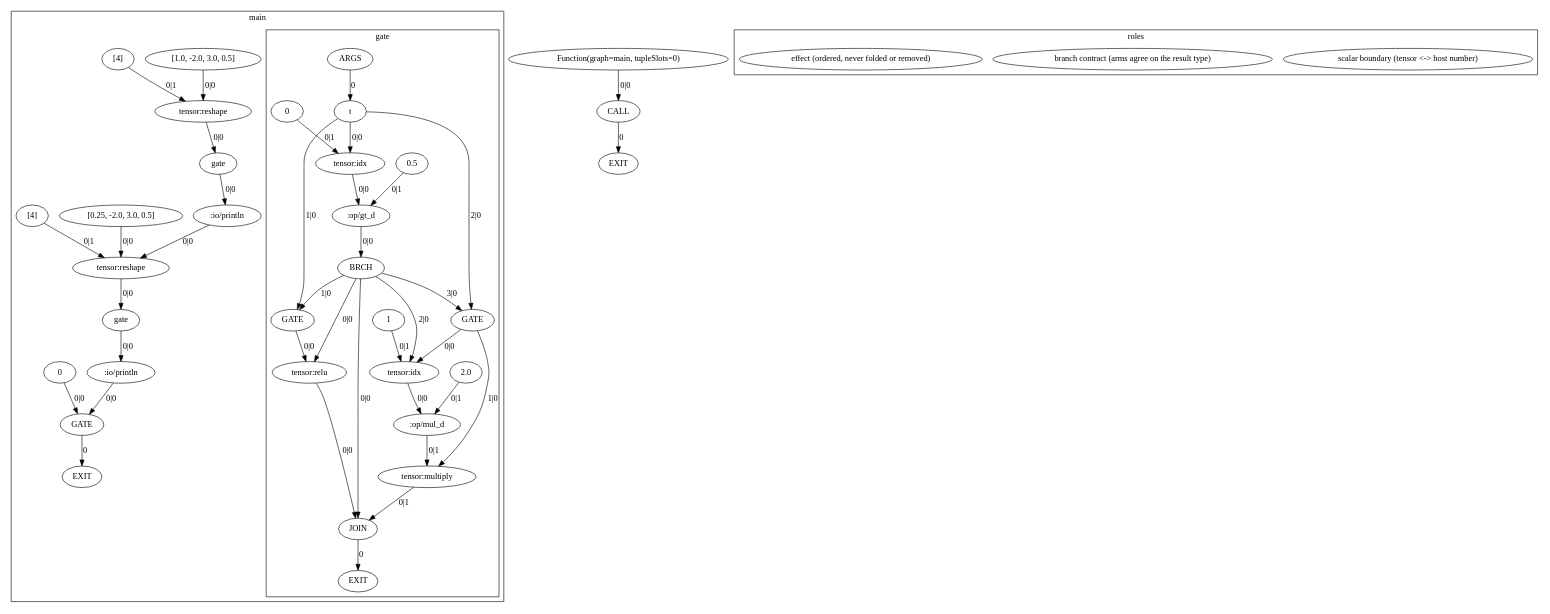
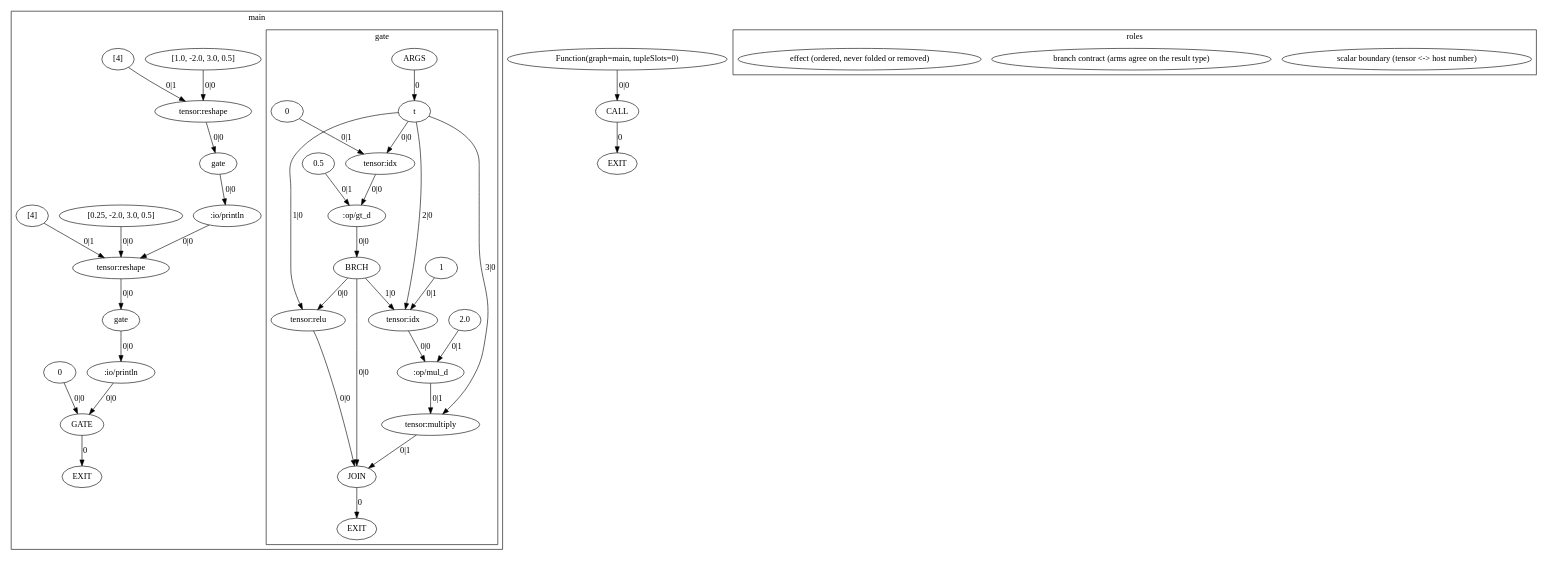
The diagram in exemplars/01_scalar_boundary/expected/dump.agir.dot (OpenCML/Camel), drawn with Graphviz before and after one commit. The commit also changed 45 other files, not shown here.

```diff
--- a/exemplars/01_scalar_boundary/expected/dump.agir.dot
+++ b/exemplars/01_scalar_boundary/expected/dump.agir.dot
@@ -1,84 +1,78 @@
 digraph GraphIR {
     subgraph cluster_F01 {
         label="main";
         subgraph cluster_F02 {
             label="gate";
             F02 [label="ARGS", type="ARGS"];
             O02 [label="EXIT", type="EXIT"];
             N00 [label="t", type="PORT", param_name="t", param_kind="normal", param_index="0", value_type="Tensor"];
             N01 [label="0", type="DATA", origin=198, span="11:16-11:17", srcfile="exemplars/01_scalar_boundary/program.cml", value_type="int"];
             N02 [label="tensor:idx", type="OPER", role="scalar-boundary", origin=199, span="11:15-11:16", srcfile="exemplars/01_scalar_boundary/program.cml", value_type="float"];
             N03 [label="0.5", type="DATA", origin=200, span="11:21-11:24", srcfile="exemplars/01_scalar_boundary/program.cml", value_type="float"];
             N04 [label=":op/gt_d", type="OPER", origin=201, span="11:19-11:20", srcfile="exemplars/01_scalar_boundary/program.cml", value_type="bool"];
             N05 [label="JOIN", type="JOIN", role="branch-contract", origin=203, span="11:11-11:59", srcfile="exemplars/01_scalar_boundary/program.cml", value_type="Tensor"];
             N06 [label="BRCH", type="BRCH", origin=202, span="11:11-11:59", srcfile="exemplars/01_scalar_boundary/program.cml", value_type="int"];
             N07 [label="tensor:relu", type="OPER", origin=206, span="11:30-11:34", srcfile="exemplars/01_scalar_boundary/program.cml", value_type="Tensor"];
-            N08 [label="GATE", type="GATE", value_type="Tensor"];
-            N09 [label="1", type="DATA", origin=211, span="11:50-11:51", srcfile="exemplars/01_scalar_boundary/program.cml", value_type="int"];
-            N0A [label="tensor:idx", type="OPER", role="scalar-boundary", origin=212, span="11:49-11:50", srcfile="exemplars/01_scalar_boundary/program.cml", value_type="float"];
-            N0B [label="2.0", type="DATA", origin=213, span="11:55-11:58", srcfile="exemplars/01_scalar_boundary/program.cml", value_type="float"];
-            N0C [label=":op/mul_d", type="OPER", origin=214, span="11:53-11:54", srcfile="exemplars/01_scalar_boundary/program.cml", value_type="float"];
-            N0D [label="tensor:multiply", type="OPER", role="scalar-boundary", origin=215, span="11:45-11:46", srcfile="exemplars/01_scalar_boundary/program.cml", value_type="Tensor"];
-            N0E [label="GATE", type="GATE", value_type="Tensor"];
+            N08 [label="1", type="DATA", origin=211, span="11:50-11:51", srcfile="exemplars/01_scalar_boundary/program.cml", value_type="int"];
+            N09 [label="tensor:idx", type="OPER", role="scalar-boundary", origin=212, span="11:49-11:50", srcfile="exemplars/01_scalar_boundary/program.cml", value_type="float"];
+            N0A [label="2.0", type="DATA", origin=213, span="11:55-11:58", srcfile="exemplars/01_scalar_boundary/program.cml", value_type="float"];
+            N0B [label=":op/mul_d", type="OPER", origin=214, span="11:53-11:54", srcfile="exemplars/01_scalar_boundary/program.cml", value_type="float"];
+            N0C [label="tensor:multiply", type="OPER", role="scalar-boundary", origin=215, span="11:45-11:46", srcfile="exemplars/01_scalar_boundary/program.cml", value_type="Tensor"];
             F02 -> N00 [label="0", type="NORM_PORT"];
             N05 -> O02 [label="0", type="EXIT"];
             N00 -> N02 [label="0|0", type="NORM"];
             N01 -> N02 [label="0|1", type="NORM"];
             N02 -> N04 [label="0|0", type="NORM"];
             N03 -> N04 [label="0|1", type="NORM"];
             N07 -> N05 [label="0|0", type="WITH"];
-            N0D -> N05 [label="0|1", type="WITH"];
+            N0C -> N05 [label="0|1", type="WITH"];
             N06 -> N05 [label="0|0", type="NORM"];
             N04 -> N06 [label="0|0", type="NORM"];
-            N08 -> N07 [label="0|0", type="NORM"];
+            N00 -> N07 [label="1|0", type="NORM"];
             N06 -> N07 [label="0|0", type="CTRL"];
-            N00 -> N08 [label="1|0", type="NORM"];
-            N06 -> N08 [label="1|0", type="CTRL"];
-            N0E -> N0A [label="0|0", type="NORM"];
-            N09 -> N0A [label="0|1", type="NORM"];
-            N06 -> N0A [label="2|0", type="CTRL"];
-            N0A -> N0C [label="0|0", type="NORM"];
+            N00 -> N09 [label="2|0", type="NORM"];
+            N08 -> N09 [label="0|1", type="NORM"];
+            N06 -> N09 [label="1|0", type="CTRL"];
+            N09 -> N0B [label="0|0", type="NORM"];
+            N0A -> N0B [label="0|1", type="NORM"];
+            N00 -> N0C [label="3|0", type="NORM"];
             N0B -> N0C [label="0|1", type="NORM"];
-            N0E -> N0D [label="1|0", type="NORM"];
-            N0C -> N0D [label="0|1", type="NORM"];
-            N00 -> N0E [label="2|0", type="NORM"];
-            N06 -> N0E [label="3|0", type="CTRL"];
         }
         O01 [label="EXIT", type="EXIT"];
-        N0F [label="[1.0, -2.0, 3.0, 0.5]", type="DATA", origin=220, span="15:25-15:46", srcfile="exemplars/01_scalar_boundary/program.cml", value_type="float[]"];
-        N10 [label="[4]", type="DATA", origin=221, span="15:48-15:51", srcfile="exemplars/01_scalar_boundary/program.cml", value_type="int[]"];
-        N11 [label="tensor:reshape", type="OPER", origin=222, span="15:17-15:24", srcfile="exemplars/01_scalar_boundary/program.cml", value_type="Tensor<float32, [4]>"];
-        N12 [label="gate", type="FUNC", origin=223, span="15:12-15:53", srcfile="exemplars/01_scalar_boundary/program.cml", value_type="Tensor"];
-        N13 [label=":io/println", type="OPER", role="effect", origin=224, span="15:4-15:11", srcfile="exemplars/01_scalar_boundary/program.cml", value_type="Tensor"];
-        N14 [label="[0.25, -2.0, 3.0, 0.5]", type="DATA", origin=228, span="16:25-16:47", srcfile="exemplars/01_scalar_boundary/program.cml", value_type="float[]"];
-        N15 [label="[4]", type="DATA", origin=229, span="16:49-16:52", srcfile="exemplars/01_scalar_boundary/program.cml", value_type="int[]"];
-        N16 [label="tensor:reshape", type="OPER", origin=230, span="16:17-16:24", srcfile="exemplars/01_scalar_boundary/program.cml", value_type="Tensor<float32, [4]>"];
-        N17 [label="gate", type="FUNC", origin=231, span="16:12-16:54", srcfile="exemplars/01_scalar_boundary/program.cml", value_type="Tensor"];
-        N18 [label=":io/println", type="OPER", role="effect", origin=232, span="16:4-16:11", srcfile="exemplars/01_scalar_boundary/program.cml", value_type="Tensor"];
-        N19 [label="0", type="DATA", origin=233, span="17:11-17:12", srcfile="exemplars/01_scalar_boundary/program.cml", value_type="int"];
-        N1A [label="GATE", type="GATE", value_type="int"];
-        N1A -> O01 [label="0", type="EXIT"];
-        N0F -> N11 [label="0|0", type="NORM"];
-        N10 -> N11 [label="0|1", type="NORM"];
-        N11 -> N12 [label="0|0", type="NORM"];
-        N12 -> N13 [label="0|0", type="NORM"];
-        N14 -> N16 [label="0|0", type="NORM"];
-        N15 -> N16 [label="0|1", type="NORM"];
-        N13 -> N16 [label="0|0", type="CTRL"];
-        N16 -> N17 [label="0|0", type="NORM"];
+        N0D [label="[1.0, -2.0, 3.0, 0.5]", type="DATA", origin=220, span="15:25-15:46", srcfile="exemplars/01_scalar_boundary/program.cml", value_type="float[]"];
+        N0E [label="[4]", type="DATA", origin=221, span="15:48-15:51", srcfile="exemplars/01_scalar_boundary/program.cml", value_type="int[]"];
+        N0F [label="tensor:reshape", type="OPER", origin=222, span="15:17-15:24", srcfile="exemplars/01_scalar_boundary/program.cml", value_type="Tensor<float32, [4]>"];
+        N10 [label="gate", type="FUNC", origin=223, span="15:12-15:53", srcfile="exemplars/01_scalar_boundary/program.cml", value_type="Tensor"];
+        N11 [label=":io/println", type="OPER", role="effect", origin=224, span="15:4-15:11", srcfile="exemplars/01_scalar_boundary/program.cml", value_type="Tensor"];
+        N12 [label="[0.25, -2.0, 3.0, 0.5]", type="DATA", origin=228, span="16:25-16:47", srcfile="exemplars/01_scalar_boundary/program.cml", value_type="float[]"];
+        N13 [label="[4]", type="DATA", origin=229, span="16:49-16:52", srcfile="exemplars/01_scalar_boundary/program.cml", value_type="int[]"];
+        N14 [label="tensor:reshape", type="OPER", origin=230, span="16:17-16:24", srcfile="exemplars/01_scalar_boundary/program.cml", value_type="Tensor<float32, [4]>"];
+        N15 [label="gate", type="FUNC", origin=231, span="16:12-16:54", srcfile="exemplars/01_scalar_boundary/program.cml", value_type="Tensor"];
+        N16 [label=":io/println", type="OPER", role="effect", origin=232, span="16:4-16:11", srcfile="exemplars/01_scalar_boundary/program.cml", value_type="Tensor"];
+        N17 [label="0", type="DATA", origin=233, span="17:11-17:12", srcfile="exemplars/01_scalar_boundary/program.cml", value_type="int"];
+        N18 [label="GATE", type="GATE", value_type="int"];
+        N18 -> O01 [label="0", type="EXIT"];
+        N0D -> N0F [label="0|0", type="NORM"];
+        N0E -> N0F [label="0|1", type="NORM"];
+        N0F -> N10 [label="0|0", type="NORM"];
+        N10 -> N11 [label="0|0", type="NORM"];
+        N12 -> N14 [label="0|0", type="NORM"];
+        N13 -> N14 [label="0|1", type="NORM"];
+        N11 -> N14 [label="0|0", type="CTRL"];
+        N14 -> N15 [label="0|0", type="NORM"];
+        N15 -> N16 [label="0|0", type="NORM"];
         N17 -> N18 [label="0|0", type="NORM"];
-        N19 -> N1A [label="0|0", type="NORM"];
-        N18 -> N1A [label="0|0", type="CTRL"];
+        N16 -> N18 [label="0|0", type="CTRL"];
     }
     O00 [label="EXIT", type="EXIT"];
-    N1B [label="Function(graph=main, tupleSlots=0)", type="DATA", origin=216, span="14:0-18:1", srcfile="exemplars/01_scalar_boundary/program.cml", value_type="() => int"];
-    N1C [label="CALL", type="CALL", value_type="int"];
-    N1C -> O00 [label="0", type="EXIT"];
-    N1B -> N1C [label="0|0", type="WITH"];
+    N19 [label="Function(graph=main, tupleSlots=0)", type="DATA", origin=216, span="14:0-18:1", srcfile="exemplars/01_scalar_boundary/program.cml", value_type="() => int"];
+    N1A [label="CALL", type="CALL", value_type="int"];
+    N1A -> O00 [label="0", type="EXIT"];
+    N19 -> N1A [label="0|0", type="WITH"];
     subgraph cluster_legend {
         label="roles";
         "legend_scalar-boundary" [label="scalar boundary (tensor <-> host number)", type="LEGEND", role="scalar-boundary"];
         "legend_branch-contract" [label="branch contract (arms agree on the result type)", type="LEGEND", role="branch-contract"];
         "legend_effect" [label="effect (ordered, never folded or removed)", type="LEGEND", role="effect"];
     }
 }
```
